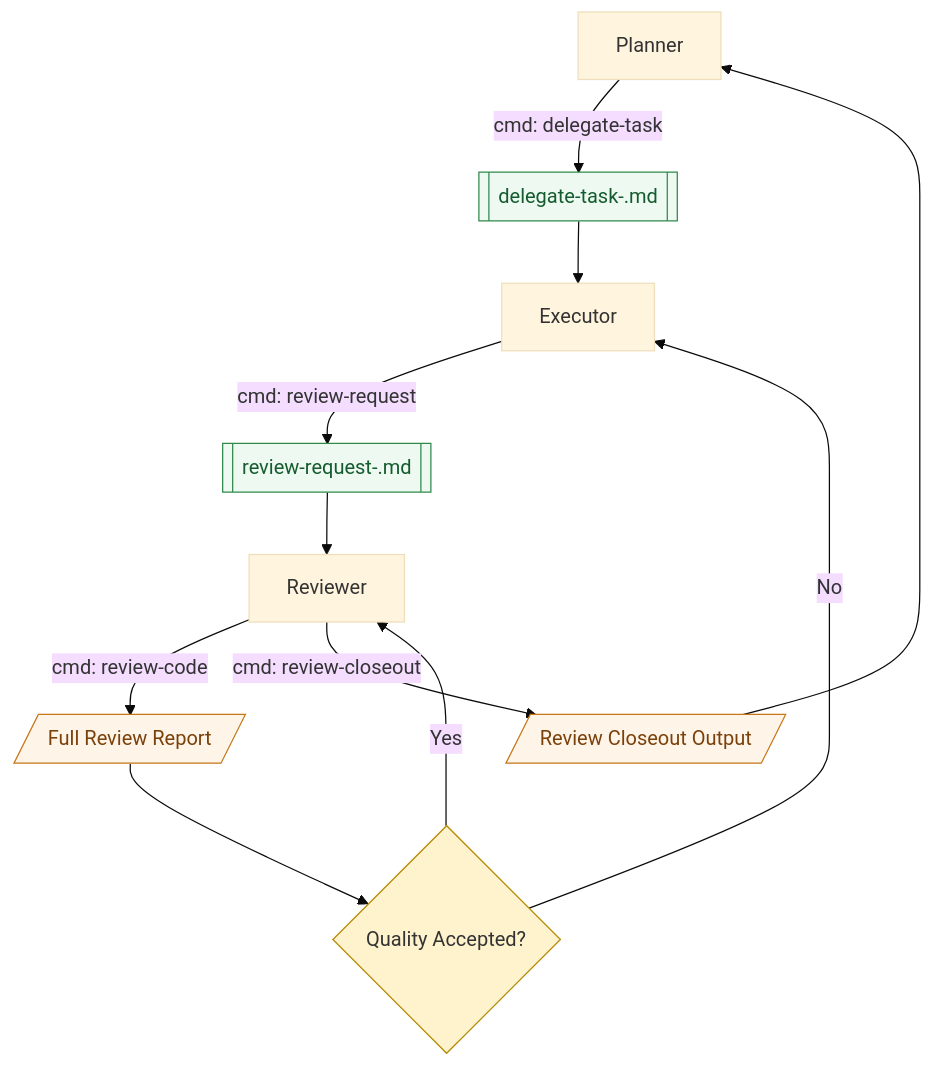
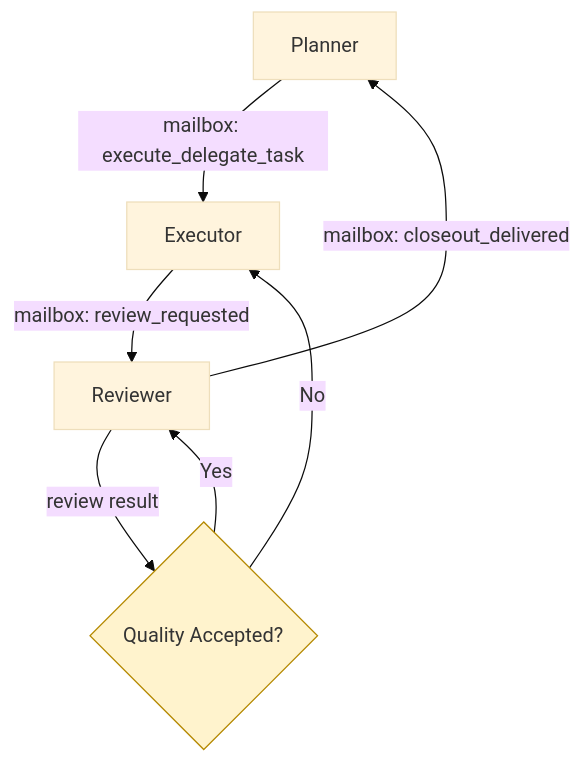
The diagram in ai-agent/skills/README.md (ruiheng/config_files), drawn with Mermaid (base theme) before and after one commit. The commit also changed other lines of this file and 10 other files, not shown here.

````diff
--- a/ai-agent/skills/README.md
+++ b/ai-agent/skills/README.md
@@ -37,22 +39,11 @@
 ```mermaid
 flowchart TD
-    P[Planner] -->|cmd: delegate-task| TD[[delegate-task-<unique>.md]]
-    TD --> E[Executor]
-    E -->|cmd: review-request| RQ[[review-request-<unique>.md]]
-    RQ --> R[Reviewer]
-    R -->|cmd: review-code| FR[/Full Review Report/]
-
-    FR --> DEC{Quality Accepted?}
+    P[Planner] -->|mailbox: execute_delegate_task| E[Executor]
+    E -->|mailbox: review_requested| R[Reviewer]
+    R -->|review result| DEC{Quality Accepted?}
     DEC -- No --> E
     DEC -- Yes --> R
-    R -->|cmd: review-closeout| AO[/Review Closeout Output/]
-    AO --> P
+    R -->|mailbox: closeout_delivered| P
 
     style DEC fill:#fff3cd,stroke:#b58900,stroke-width:1px
-
-    classDef cmd fill:#eef5ff,stroke:#4a78c2,stroke-width:1px,color:#1f3f73;
-    classDef doc fill:#eef9f1,stroke:#2f8a4c,stroke-width:1px,color:#145c2f;
-    classDef report fill:#fff4e8,stroke:#c77719,stroke-width:1px,color:#7a410a;
-    class TD,RQ doc;
-    class FR,AO report;
 ```
````
